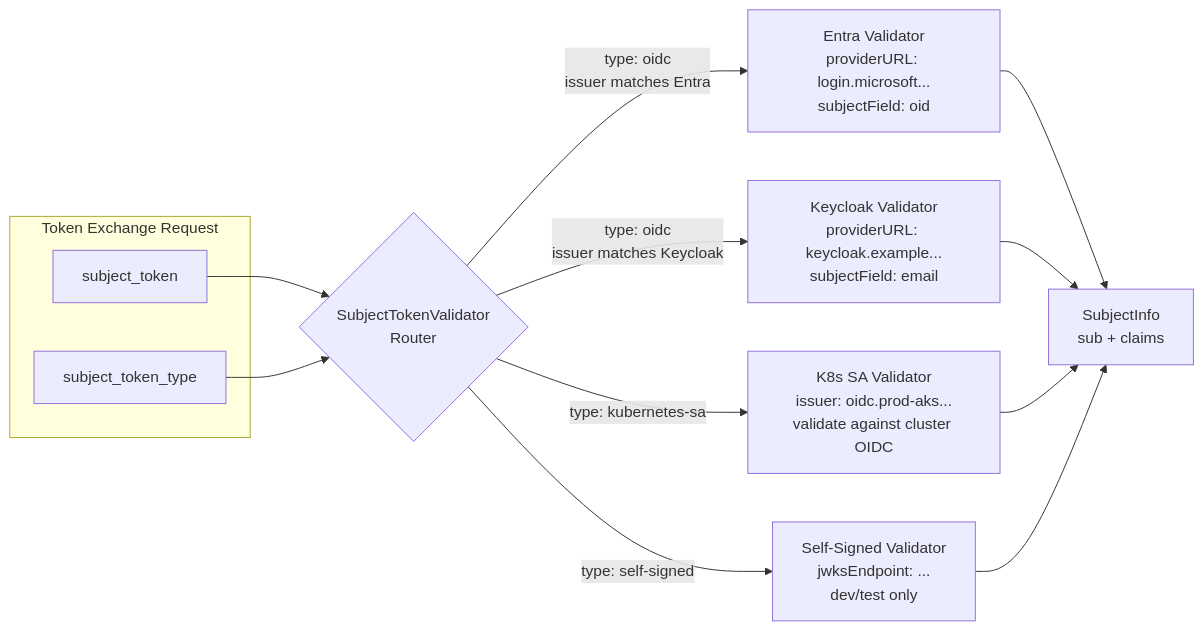
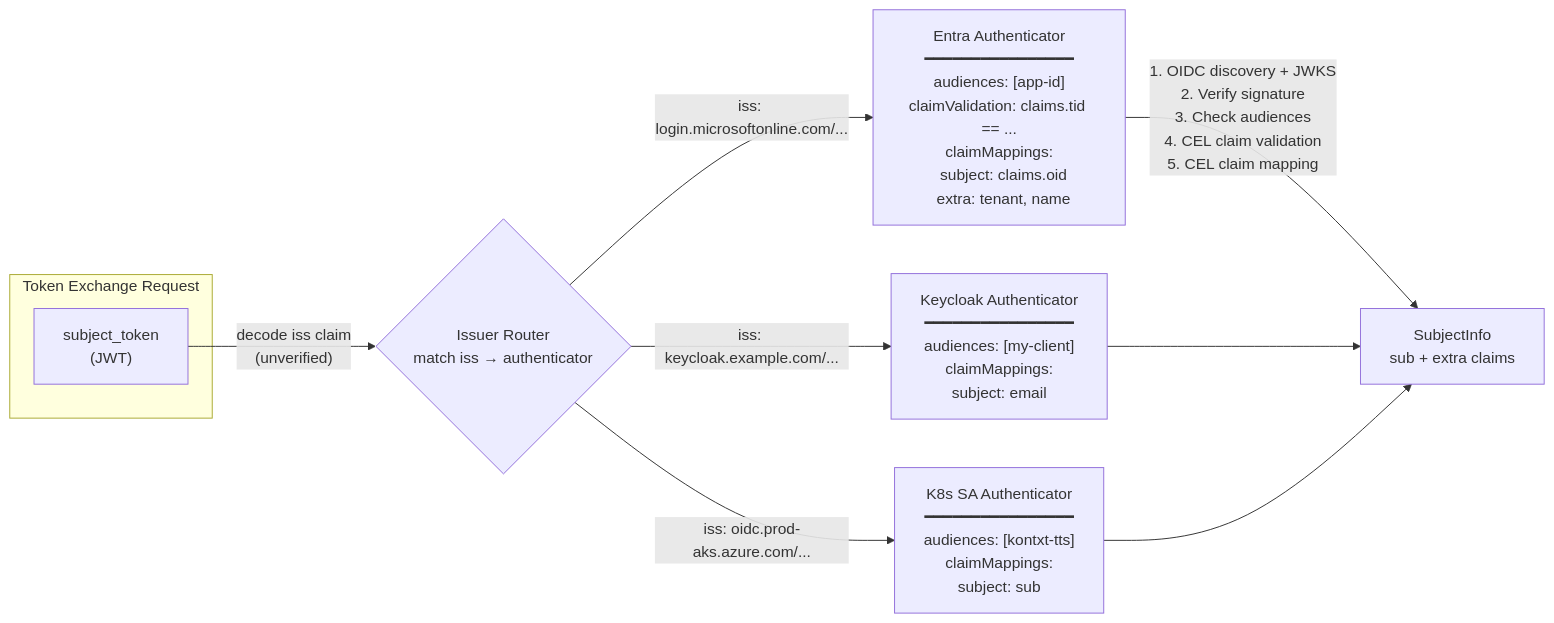
The fourth of 18 diagrams in docs/diagrams.md (aramase/kontxt), drawn with Mermaid before and after one commit. The commit also changed other lines of this file and 1 other file, not shown here.

Commit message:
docs: adopt KEP-3331-inspired IdP config, add SDK model
- Remove all references to Tokenetes project
- Redesign pluggable IdP validation inspired by KEP-3331
  (Structured Authentication Configuration, GA in K8s 1.34):
  ordered JWT authenticators with issuer-based routing, CEL
  claim validation rules, CEL claim mappings, and discovery
  URL override
- Replace SubjectTokenValidator interface with JWTAuthenticator
- Add kontxt SDK as explicit deployment model for standalone
  agents (sdk/tts, sdk/verify, sdk/middleware)
- Update IdP flowchart diagram to show issuer-based routing
  with per-authenticator config
- Update production deployment models diagram to include SDK

````diff
--- a/docs/diagrams.md
+++ b/docs/diagrams.md
@@ -90,20 +90,16 @@
 ```mermaid
 flowchart LR
     subgraph "Token Exchange Request"
-        ST[subject_token]
-        STT[subject_token_type]
+        ST["subject_token<br/>(JWT)"]
     end
 
-    ST --> Router{SubjectTokenValidator<br/>Router}
-    STT --> Router
+    ST -->|"decode iss claim<br/>(unverified)"| Router{"Issuer Router<br/>match iss → authenticator"}
 
-    Router -->|"type: oidc<br/>issuer matches Entra"| Entra[Entra Validator<br/>providerURL: login.microsoft...<br/>subjectField: oid]
-    Router -->|"type: oidc<br/>issuer matches Keycloak"| KC[Keycloak Validator<br/>providerURL: keycloak.example...<br/>subjectField: email]
-    Router -->|"type: kubernetes-sa"| KSAT[K8s SA Validator<br/>issuer: oidc.prod-aks...<br/>validate against cluster OIDC]
-    Router -->|"type: self-signed"| SS[Self-Signed Validator<br/>jwksEndpoint: ...<br/>dev/test only]
+    Router -->|"iss: login.microsoftonline.com/..."| Entra["Entra Authenticator<br/>━━━━━━━━━━━━━━━━<br/>audiences: [app-id]<br/>claimValidation: claims.tid == ...<br/>claimMappings:<br/>  subject: claims.oid<br/>  extra: tenant, name"]
+    Router -->|"iss: keycloak.example.com/..."| KC["Keycloak Authenticator<br/>━━━━━━━━━━━━━━━━<br/>audiences: [my-client]<br/>claimMappings:<br/>  subject: email"]
+    Router -->|"iss: oidc.prod-aks.azure.com/..."| KSAT["K8s SA Authenticator<br/>━━━━━━━━━━━━━━━━<br/>audiences: [kontxt-tts]<br/>claimMappings:<br/>  subject: sub"]
 
-    Entra --> SubjectInfo[SubjectInfo<br/>sub + claims]
+    Entra -->|"1. OIDC discovery + JWKS<br/>2. Verify signature<br/>3. Check audiences<br/>4. CEL claim validation<br/>5. CEL claim mapping"| SubjectInfo["SubjectInfo<br/>sub + extra claims"]
     KC --> SubjectInfo
     KSAT --> SubjectInfo
-    SS --> SubjectInfo
 ```
````
